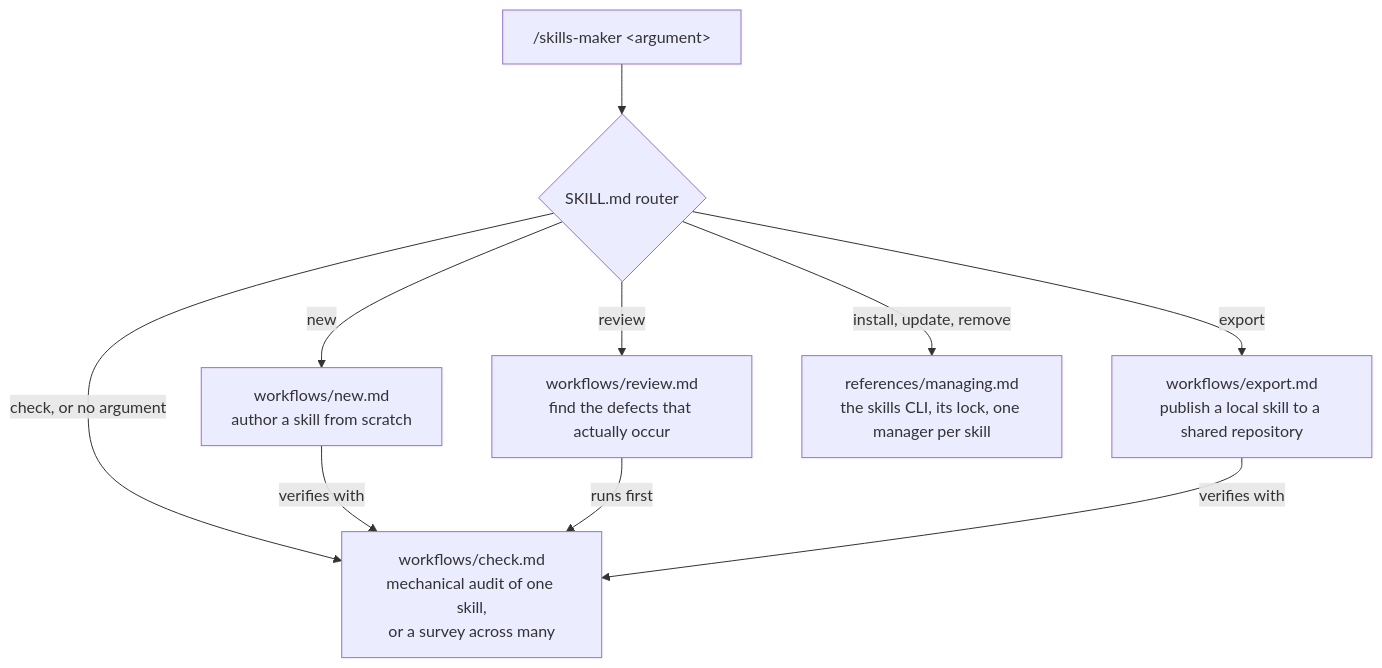
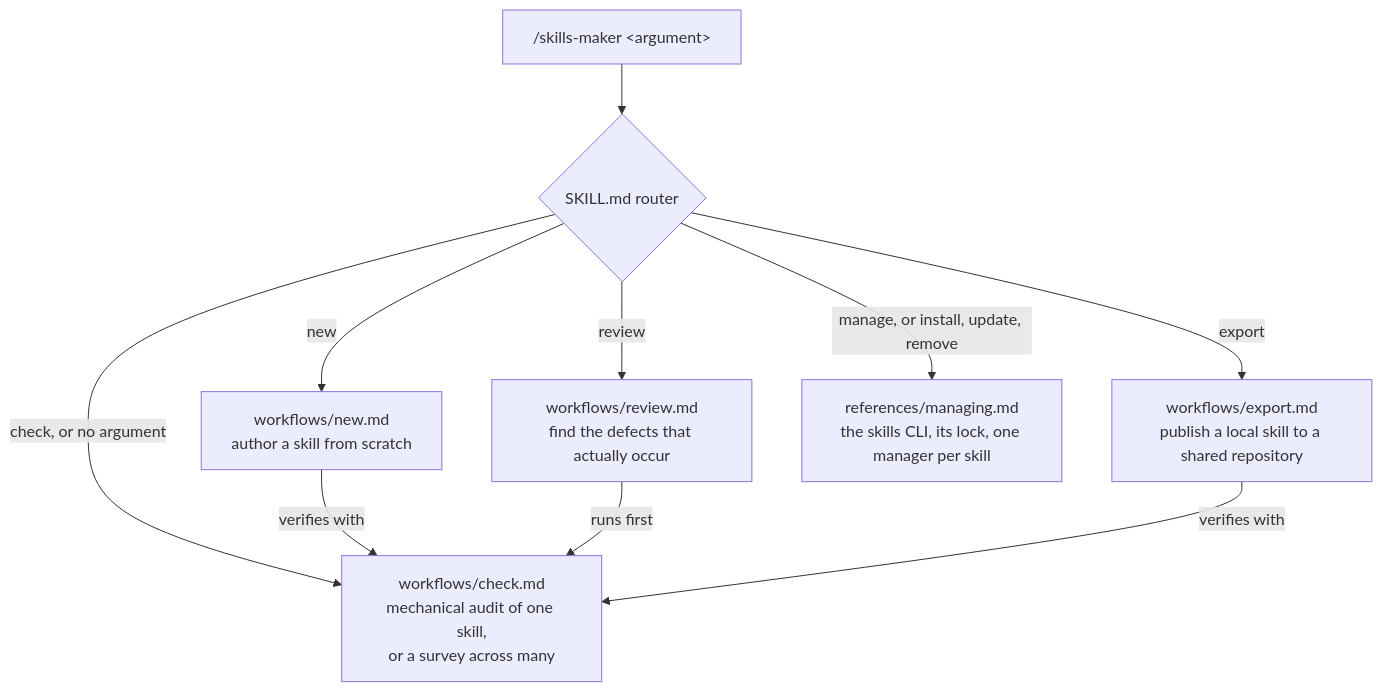
One commit to izkreny/agentifico changed the diagram in skills/skills-maker/README.md. Above: the diagram before and after it, drawn with Mermaid. The commit also changed other lines of this file and 9 other files, not shown here.

````diff
--- a/skills/skills-maker/README.md
+++ b/skills/skills-maker/README.md
@@ -33,12 +34,12 @@
 ```mermaid
 flowchart TD
     A["/skills-maker &lt;argument&gt;"] --> R{"SKILL.md router"}
     R -->|new| N["workflows/new.md<br/>author a skill from scratch"]
     R -->|review| V["workflows/review.md<br/>find the defects that actually occur"]
     R -->|"check, or no argument"| C["workflows/check.md<br/>mechanical audit of one skill,<br/>or a survey across many"]
     R -->|export| E["workflows/export.md<br/>publish a local skill to a shared repository"]
-    R -->|"install, update, remove"| M["references/managing.md<br/>the skills CLI, its lock, one manager per skill"]
+    R -->|"manage, or install, update, remove"| M["references/managing.md<br/>the skills CLI, its lock, one manager per skill"]
     N -->|verifies with| C
     V -->|runs first| C
     E -->|verifies with| C
 ```
````
